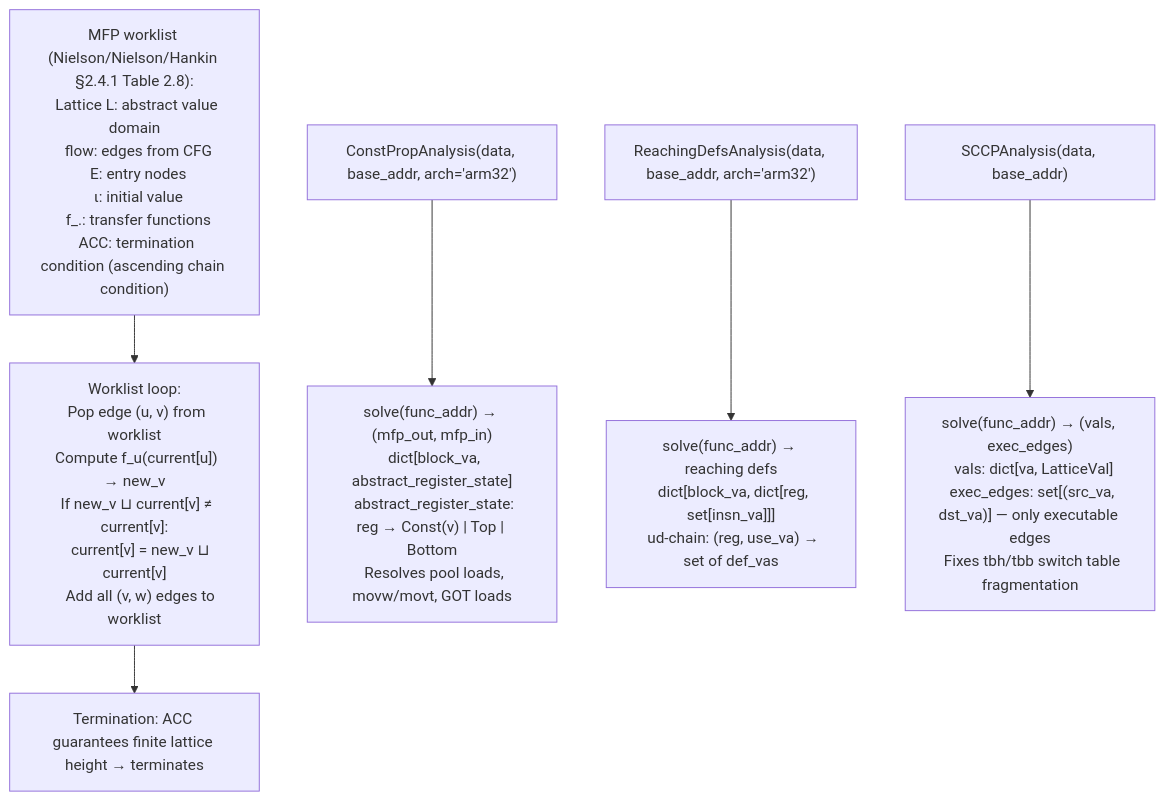
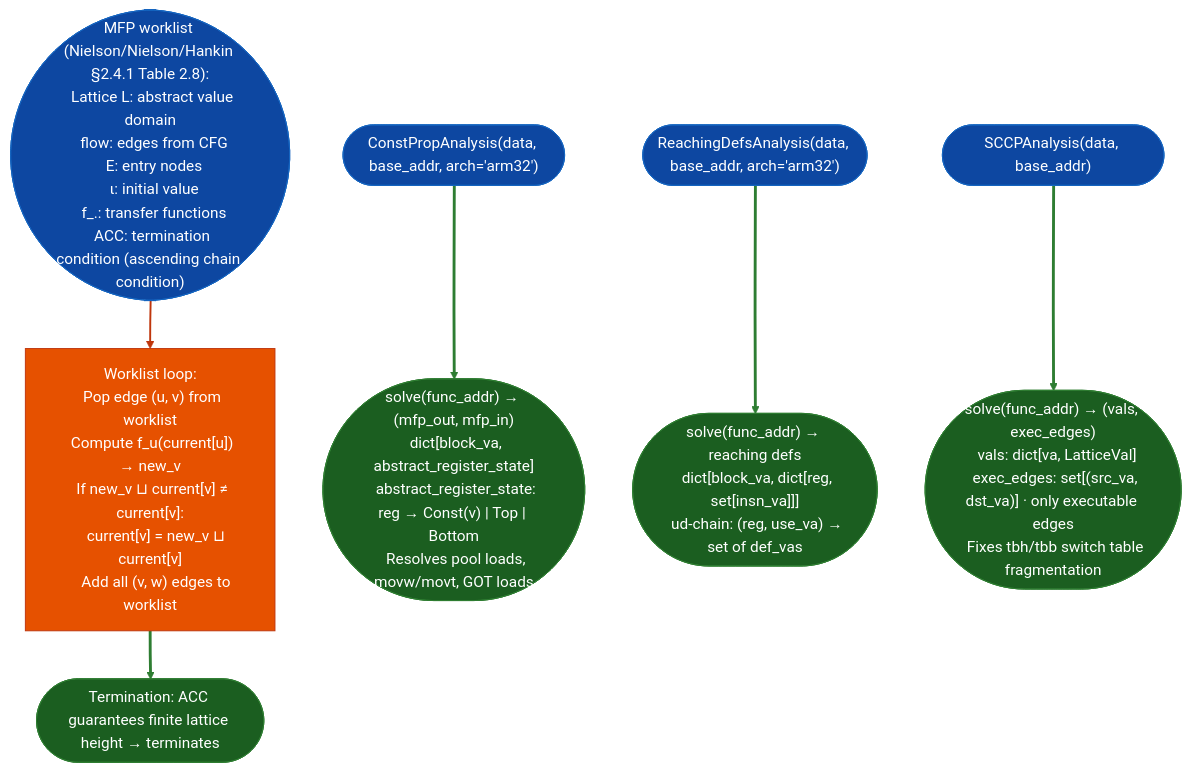
Before and after one commit to Ablation-Tool/ablation: the diagram in docs/reference-modules/cfg-fixpoint-dataflow.md, drawn with Mermaid. The commit also changed 320 other files, not shown here.

First line of the commit message:
docs: apply canonical Mermaid template to all 321 diagrams

````diff
--- a/docs/reference-modules/cfg-fixpoint-dataflow.md
+++ b/docs/reference-modules/cfg-fixpoint-dataflow.md
@@ -19,11 +19,22 @@
 ```mermaid
 flowchart TD
-    A["MFP worklist (Nielson/Nielson/Hankin §2.4.1 Table 2.8):\n  Lattice L: abstract value domain\n  flow: edges from CFG\n  E: entry nodes\n  ι: initial value\n  f_.: transfer functions\n  ACC: termination condition (ascending chain condition)"] --> B["Worklist loop:\n  Pop edge (u, v) from worklist\n  Compute f_u(current[u]) → new_v\n  If new_v ⊔ current[v] ≠ current[v]:\n    current[v] = new_v ⊔ current[v]\n    Add all (v, w) edges to worklist"]
-    B --> C["Termination: ACC guarantees finite lattice height → terminates"]
+    A(["MFP worklist (Nielson/Nielson/Hankin §2.4.1 Table 2.8):\n  Lattice L: abstract value domain\n  flow: edges from CFG\n  E: entry nodes\n  ι: initial value\n  f_.: transfer functions\n  ACC: termination condition (ascending chain condition)"]):::input --> B["Worklist loop:\n  Pop edge (u, v) from worklist\n  Compute f_u(current[u]) → new_v\n  If new_v ⊔ current[v] ≠ current[v]:\n    current[v] = new_v ⊔ current[v]\n    Add all (v, w) edges to worklist"]:::primary
+    B:::primary --> C(["Termination: ACC guarantees finite lattice height → terminates"]):::output
 
-    D["ConstPropAnalysis(data, base_addr, arch='arm32')"] --> E["solve(func_addr) → (mfp_out, mfp_in)\n  dict[block_va, abstract_register_state]\n  abstract_register_state: reg → Const(v) | Top | Bottom\n  Resolves pool loads, movw/movt, GOT loads"]
+    D(["ConstPropAnalysis(data, base_addr, arch='arm32')"]):::input --> E(["solve(func_addr) → (mfp_out, mfp_in)\n  dict[block_va, abstract_register_state]\n  abstract_register_state: reg → Const(v) | Top | Bottom\n  Resolves pool loads, movw/movt, GOT loads"]):::output
 
-    F["ReachingDefsAnalysis(data, base_addr, arch='arm32')"] --> G["solve(func_addr) → reaching defs\n  dict[block_va, dict[reg, set[insn_va]]]\n  ud-chain: (reg, use_va) → set of def_vas"]
+    F(["ReachingDefsAnalysis(data, base_addr, arch='arm32')"]):::input --> G(["solve(func_addr) → reaching defs\n  dict[block_va, dict[reg, set[insn_va]]]\n  ud-chain: (reg, use_va) → set of def_vas"]):::output
 
-    H["SCCPAnalysis(data, base_addr)"] --> I["solve(func_addr) → (vals, exec_edges)\n  vals: dict[va, LatticeVal]\n  exec_edges: set[(src_va, dst_va)] — only executable edges\n  Fixes tbh/tbb switch table fragmentation"]
+    H(["SCCPAnalysis(data, base_addr)"]):::input --> I(["solve(func_addr) → (vals, exec_edges)\n  vals: dict[va, LatticeVal]\n  exec_edges: set[(src_va, dst_va)] · only executable edges\n  Fixes tbh/tbb switch table fragmentation"]):::output
+    classDef input     fill:#0d47a1,stroke:#1565c0,color:#fff
+    classDef primary   fill:#e65100,stroke:#bf360c,color:#fff
+    classDef secondary fill:#004d40,stroke:#00695c,color:#fff
+    classDef tertiary  fill:#4a148c,stroke:#6a1b9a,color:#fff
+    classDef neutral   fill:#37474f,stroke:#546e7a,color:#fff
+    classDef output    fill:#1b5e20,stroke:#2e7d32,color:#fff
+    linkStyle 0 stroke:#bf360c,stroke-width:2px
+    linkStyle 1 stroke:#2e7d32,stroke-width:3px
+    linkStyle 2 stroke:#2e7d32,stroke-width:3px
+    linkStyle 3 stroke:#2e7d32,stroke-width:3px
+    linkStyle 4 stroke:#2e7d32,stroke-width:3px
 ```
````
